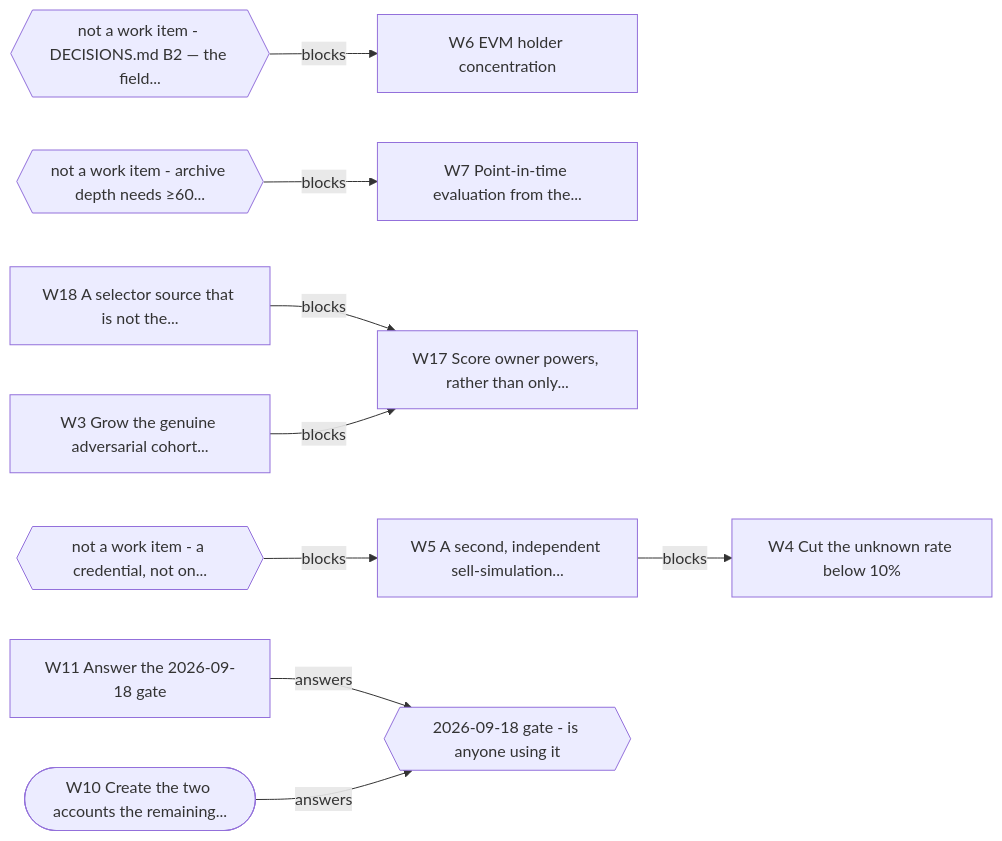
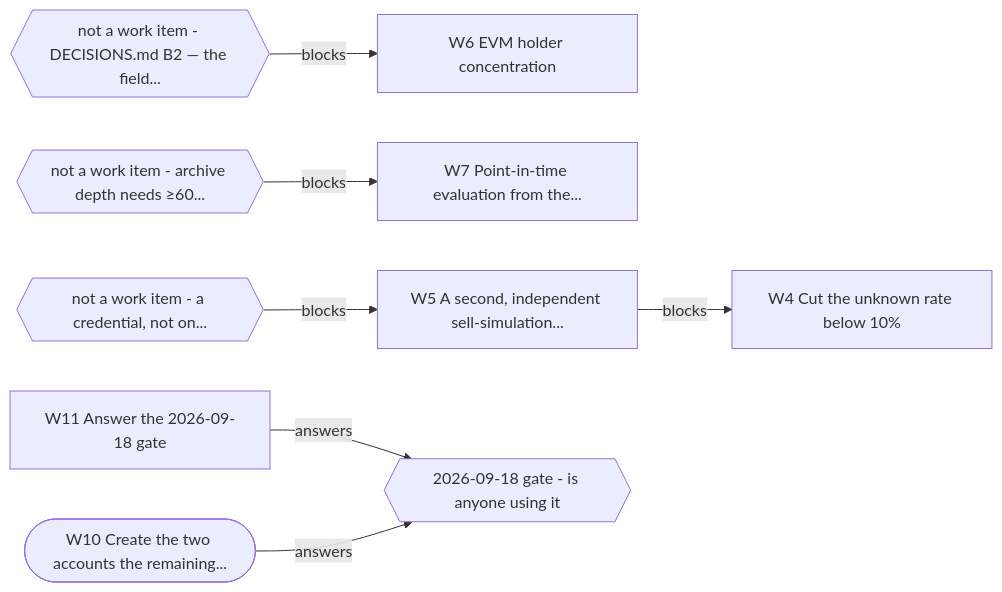
The second of 2 diagrams in docs/OWNER.md (jakegu1/vetagent), drawn with Mermaid before and after one commit. The commit also changed other lines of this file and 11 other files, not shown here.

First line of the commit message:
W18: the selector list is mined and measured now, not typed and hoped

````diff
--- a/docs/OWNER.md
+++ b/docs/OWNER.md
@@ -110,24 +110,19 @@
 ```mermaid
 flowchart LR
-    W3[W3 Grow the genuine adversarial cohort...]
     W4[W4 Cut the unknown rate below 10%]
     W6[W6 EVM holder concentration]
     W7[W7 Point-in-time evaluation from the...]
-    W17[W17 Score owner powers, rather than only...]
-    W18[W18 A selector source that is not the...]
     W5[W5 A second, independent sell-simulation...]
     W10([W10 Create the two accounts the remaining...])
     W11[W11 Answer the 2026-09-18 gate]
     E1{{not a work item - DECISIONS.md B2 — the field...}}
     E2{{not a work item - archive depth needs ≥60...}}
     E3{{not a work item - a credential, not on...}}
     GATE{{2026-09-18 gate - is anyone using it}}
     W5 -->|blocks| W4
     E1 -->|blocks| W6
     E2 -->|blocks| W7
-    W18 -->|blocks| W17
-    W3 -->|blocks| W17
     E3 -->|blocks| W5
     W11 -->|answers| GATE
     W10 -->|answers| GATE
 ```
````
